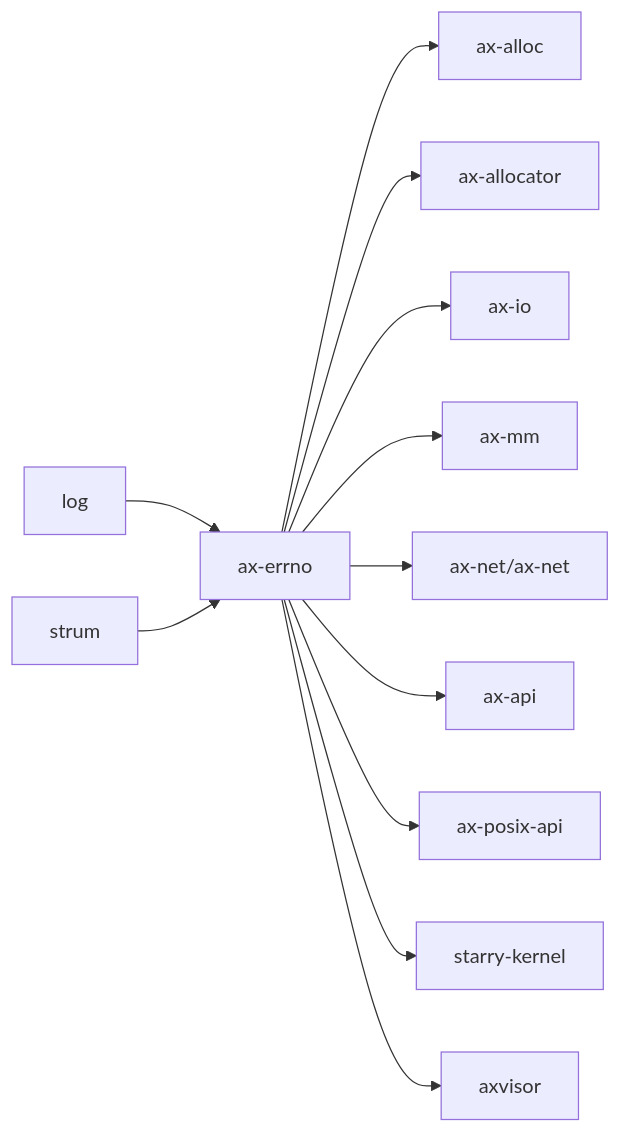
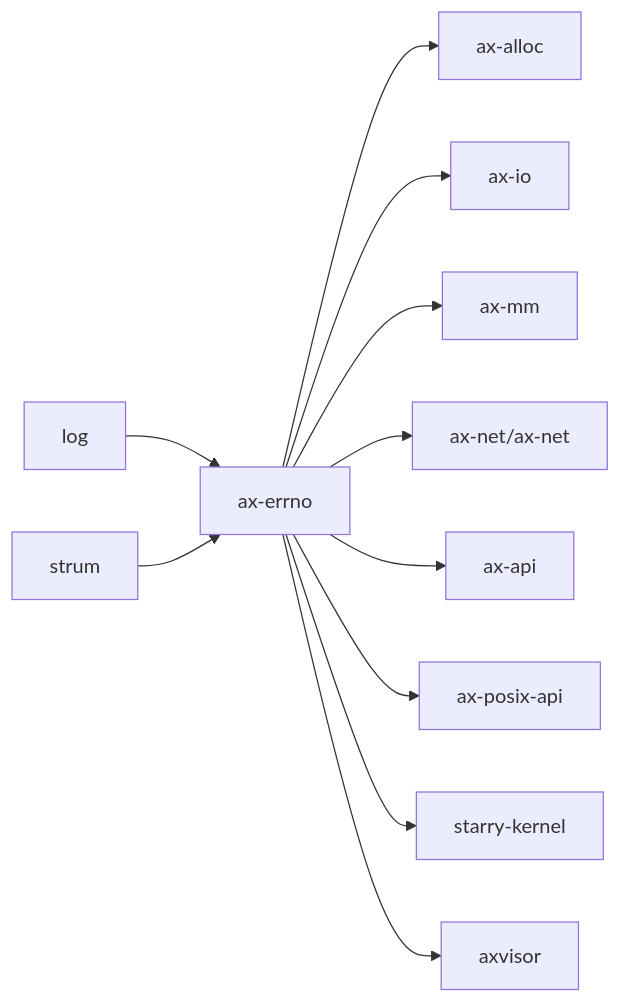
The second of 2 diagrams in docs/docs/components/crates/ax-errno.md (rcore-os/tgoskits), drawn with Mermaid before and after one commit. The commit also changed 386 other files, not shown here.

````diff
--- a/docs/docs/components/crates/ax-errno.md
+++ b/docs/docs/components/crates/ax-errno.md
@@ -80,15 +80,14 @@
 ```mermaid
 graph LR
     log["log"] --> ax_errno["ax-errno"]
     strum["strum"] --> ax_errno
 
     ax_errno --> ax-alloc["ax-alloc"]
-    ax_errno --> ax-allocator["ax-allocator"]
     ax_errno --> axio["ax-io"]
     ax_errno --> ax-mm["ax-mm"]
     ax_errno --> ax-net["ax-net/ax-net"]
     ax_errno --> ax-api["ax-api"]
     ax_errno --> arceos_posix["ax-posix-api"]
     ax_errno --> starry_kernel["starry-kernel"]
     ax_errno --> axvisor["axvisor"]
 ```
````
